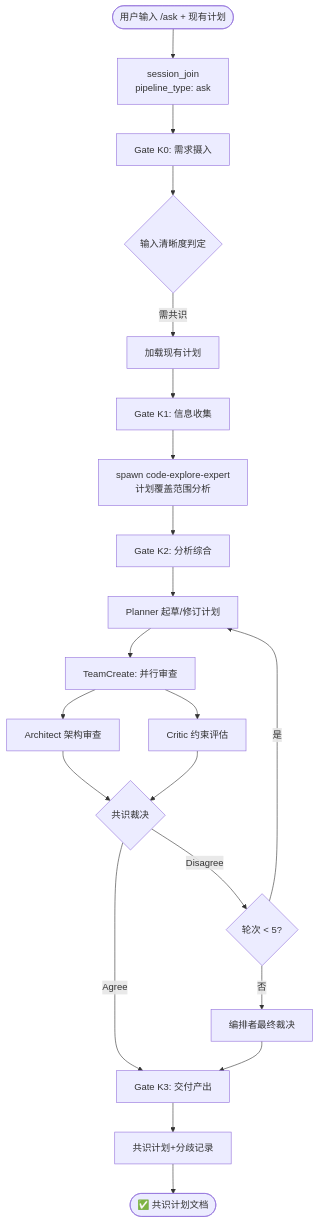
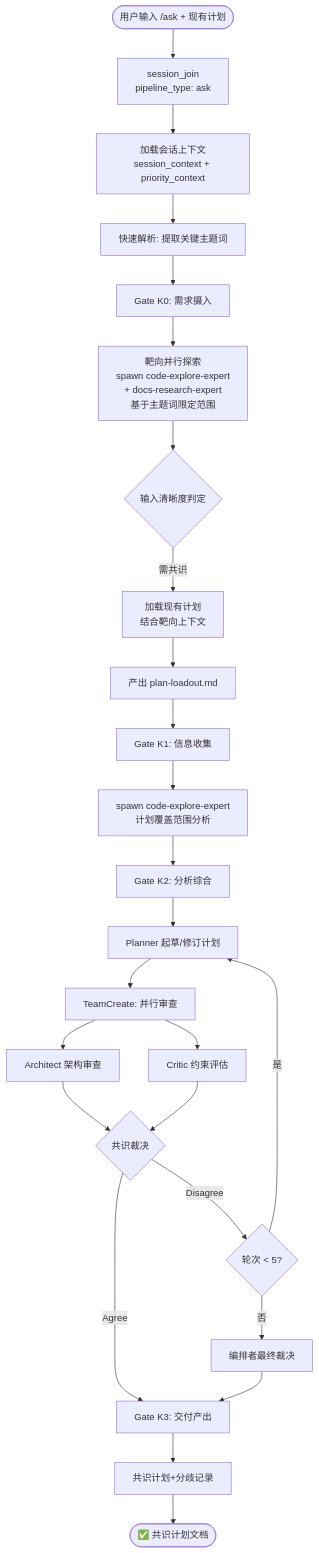
Before and after one commit to Wjl1224734792/Jarvis-Agent-Factory: the third of 4 diagrams in docs/flows/ask.md, drawn with Mermaid. The commit also changed other lines of this file and 46 other files, not shown here.

````diff
--- a/docs/flows/ask.md
+++ b/docs/flows/ask.md
@@ -64,23 +72,27 @@
 ```mermaid
 flowchart TD
     START([用户输入 /ask + 现有计划]) --> JOIN[session_join<br/>pipeline_type: ask]
-    JOIN --> K0[Gate K0: 需求摄入]
-    K0 --> K0D{输入清晰度判定}
-    K0D --> |需共识| K0L[加载现有计划]
-    K0L --> K1[Gate K1: 信息收集]
+    JOIN --> CTX[加载会话上下文<br/>session_context + priority_context]
+    CTX --> PARSE[快速解析: 提取关键主题词]
+    PARSE --> K0[Gate K0: 需求摄入]
+    K0 --> K0EXPLORE[靶向并行探索<br/>spawn code-explore-expert<br/>+ docs-research-expert<br/>基于主题词限定范围]
+    K0EXPLORE --> K0D{输入清晰度判定}
+    K0D --> |需共识| K0L[加载现有计划<br/>结合靶向上下文]
+    K0L --> K0DOC[产出 plan-loadout.md]
+    K0DOC --> K1[Gate K1: 信息收集]
     K1 --> K1A[spawn code-explore-expert<br/>计划覆盖范围分析]
     K1A --> K2[Gate K2: 分析综合]
     K2 --> K2P[Planner 起草/修订计划]
     K2P --> K2T[TeamCreate: 并行审查]
     K2T --> K2A[Architect 架构审查]
     K2T --> K2C[Critic 约束评估]
     K2A --> K2R{共识裁决}
     K2C --> K2R
     K2R --> |Disagree| K2L{轮次 < 5?}
     K2L --> |是| K2P
     K2L --> |否| K2F[编排者最终裁决]
     K2R --> |Agree| K3[Gate K3: 交付产出]
     K2F --> K3
     K3 --> K3A[共识计划+分歧记录]
     K3A --> DONE([✅ 共识计划文档])
 ```
````
